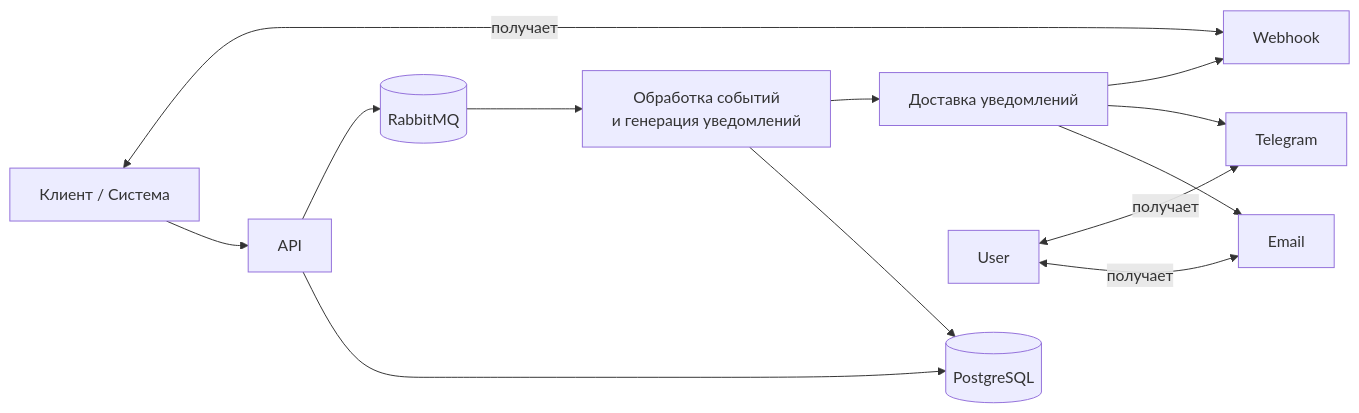
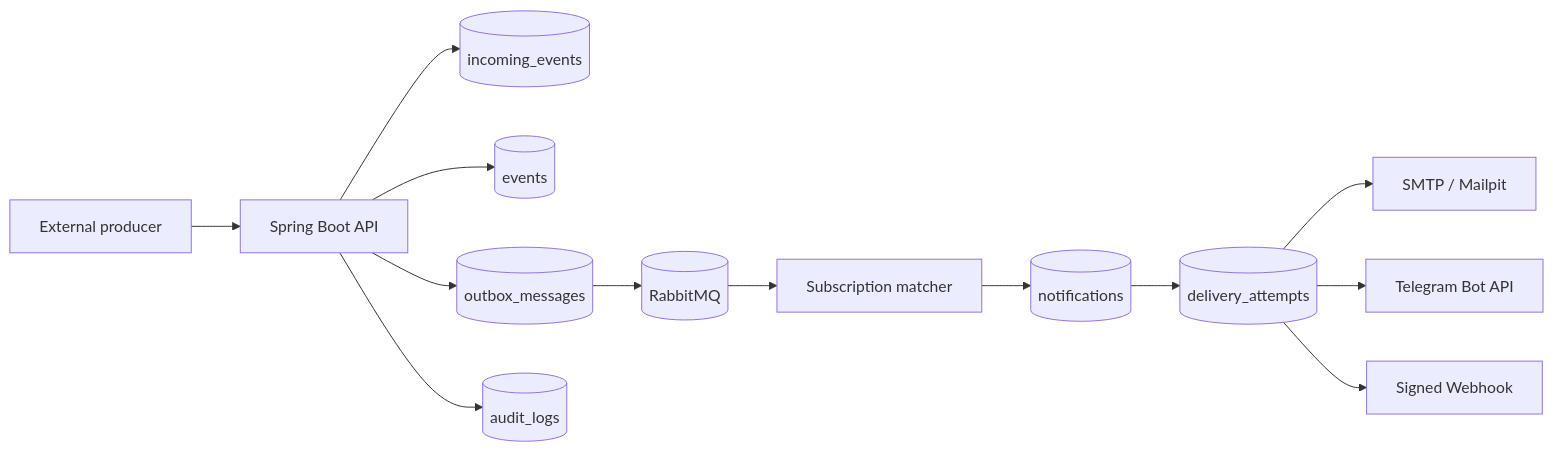
One commit to AlexToday111/Notification-Subscription-Platform changed the diagram in README.md. Above: the diagram before and after it, drawn with Mermaid. The commit also changed other lines of this file and 5 other files, not shown here.

````diff
--- a/README.md
+++ b/README.md
@@ -49,20 +23,15 @@
 ```mermaid
 flowchart LR
-    Client[Клиент / Система] --> API[API]
-
-    API --> DB[(PostgreSQL)]
-    API --> MQ[(RabbitMQ)]
-
-    MQ --> Processor[Обработка событий\nи генерация уведомлений]
-
-    Processor --> DB
-    Processor --> Delivery[Доставка уведомлений]
-
-    Delivery --> Email[Email]
-    Delivery --> Telegram[Telegram]
-    Delivery --> Webhook[Webhook]
-
-    User <-->|получает| Email
-    User <-->|получает| Telegram
-    Client <-->|получает| Webhook
+    Client[External producer] --> API[Spring Boot API]
+    API --> Incoming[(incoming_events)]
+    API --> Events[(events)]
+    API --> Outbox[(outbox_messages)]
+    Outbox --> Rabbit[(RabbitMQ)]
+    Rabbit --> Matcher[Subscription matcher]
+    Matcher --> Notifications[(notifications)]
+    Notifications --> Delivery[(delivery_attempts)]
+    Delivery --> Email[SMTP / Mailpit]
+    Delivery --> Telegram[Telegram Bot API]
+    Delivery --> Webhook[Signed Webhook]
+    API --> Audit[(audit_logs)]
 ```
````
